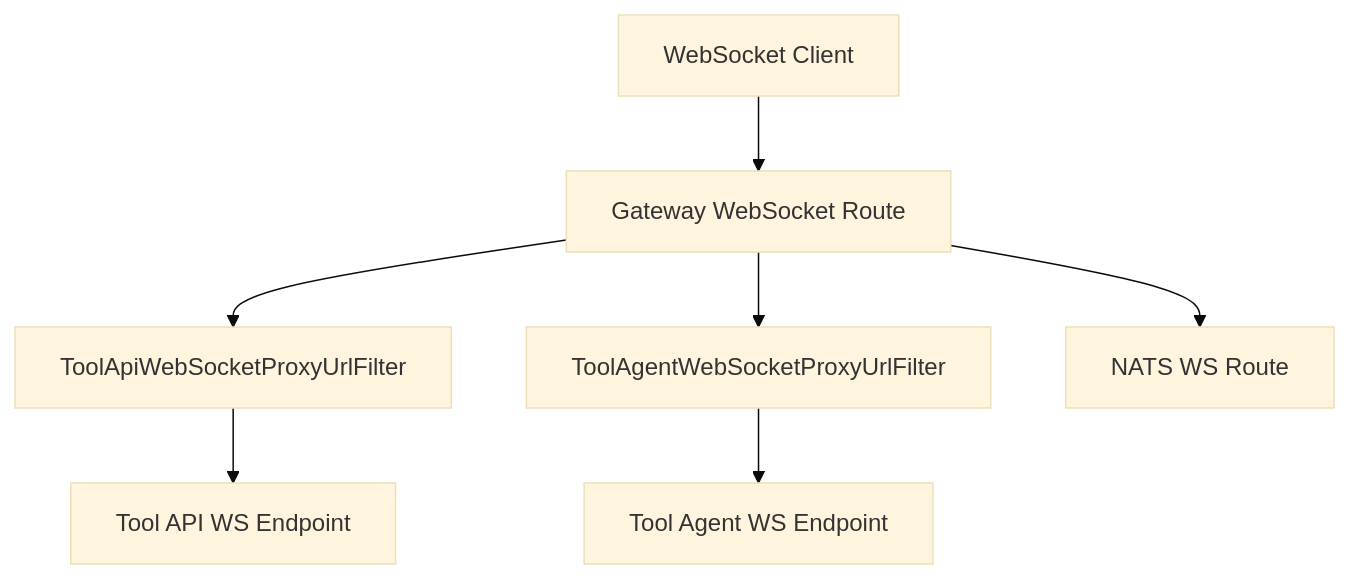
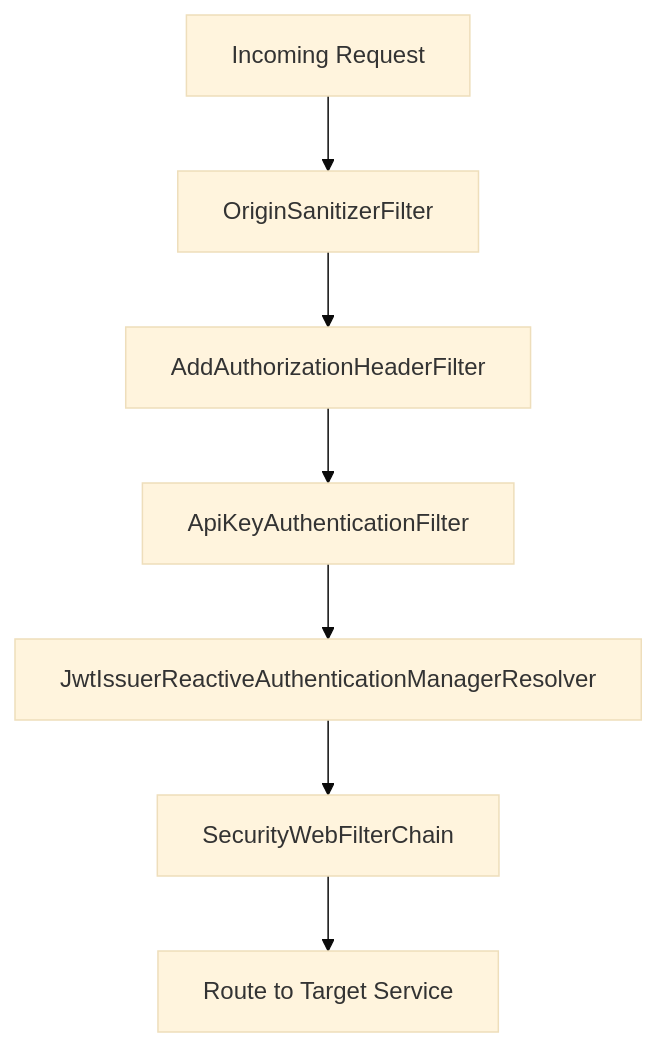
Before and after one commit to flamingo-stack/openframe-oss-lib: the second of 8 diagrams in docs/reference/architecture/gateway-service-core/gateway-service-core.md, drawn with Mermaid (base theme). The commit also changed other lines of this file and 172 other files, not shown here.

````diff
--- a/docs/reference/architecture/gateway-service-core/gateway-service-core.md
+++ b/docs/reference/architecture/gateway-service-core/gateway-service-core.md
@@ -158,12 +55,9 @@
 ```mermaid
 flowchart TD
-    ClientWS["WebSocket Client"] --> GatewayWS["Gateway WebSocket Route"]
-
-    GatewayWS --> ApiFilter["ToolApiWebSocketProxyUrlFilter"]
-    GatewayWS --> AgentFilter["ToolAgentWebSocketProxyUrlFilter"]
-
-    ApiFilter --> ToolApi["Tool API WS Endpoint"]
-    AgentFilter --> ToolAgent["Tool Agent WS Endpoint"]
-
-    GatewayWS --> NatsRoute["NATS WS Route"]
+    Request["Incoming Request"] --> OriginFilter["OriginSanitizerFilter"]
+    OriginFilter --> AuthHeader["AddAuthorizationHeaderFilter"]
+    AuthHeader --> ApiKeyFilter["ApiKeyAuthenticationFilter"]
+    ApiKeyFilter --> JwtResolver["JwtIssuerReactiveAuthenticationManagerResolver"]
+    JwtResolver --> SecurityChain["SecurityWebFilterChain"]
+    SecurityChain --> Route["Route to Target Service"]
 ```
````
